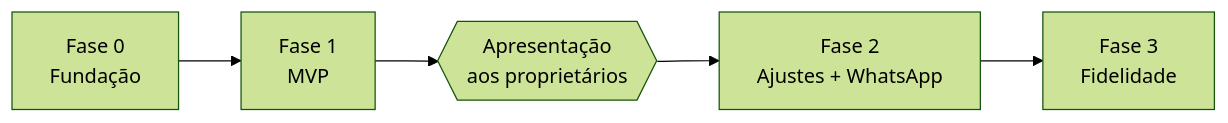
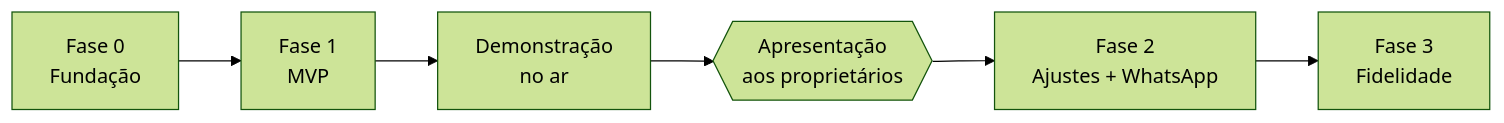
One commit to vitorazevedop7/AugustoBarbearia changed the diagram in docs/produto/roadmap.md. Above: the diagram before and after it, drawn with Mermaid (forest theme). The commit also changed other lines of this file and 5 other files, not shown here.

First line of the commit message:
docs: registra custo zero até a apresentação e a demonstração no trial

````diff
--- a/docs/produto/roadmap.md
+++ b/docs/produto/roadmap.md
@@ -9,4 +9,4 @@
 ```mermaid
 flowchart LR
-    F0[Fase 0<br/>Fundação] --> F1[Fase 1<br/>MVP] --> A{{Apresentação<br/>aos proprietários}} --> F2[Fase 2<br/>Ajustes + WhatsApp] --> F3[Fase 3<br/>Fidelidade]
+    F0[Fase 0<br/>Fundação] --> F1[Fase 1<br/>MVP] --> D[Demonstração<br/>no ar] --> A{{Apresentação<br/>aos proprietários}} --> F2[Fase 2<br/>Ajustes + WhatsApp] --> F3[Fase 3<br/>Fidelidade]
 ```
````
